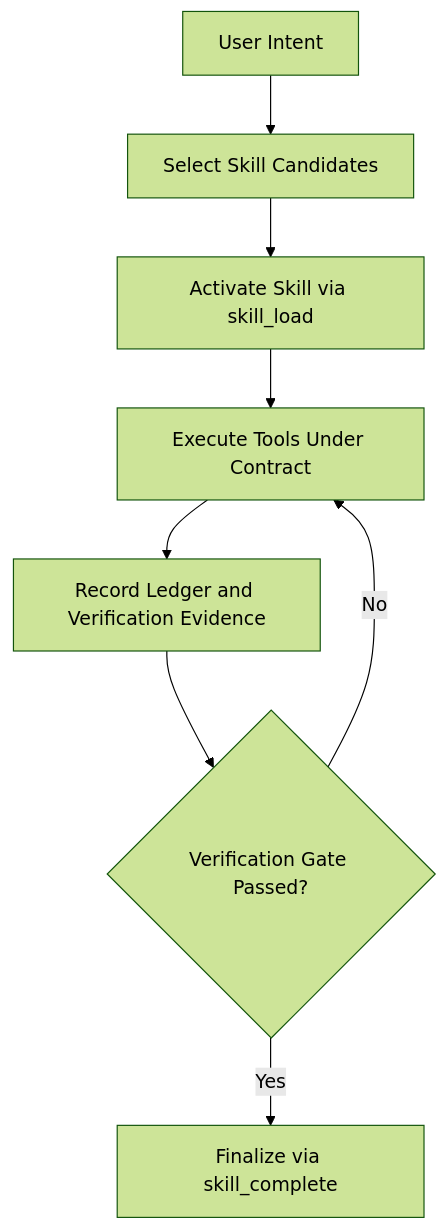
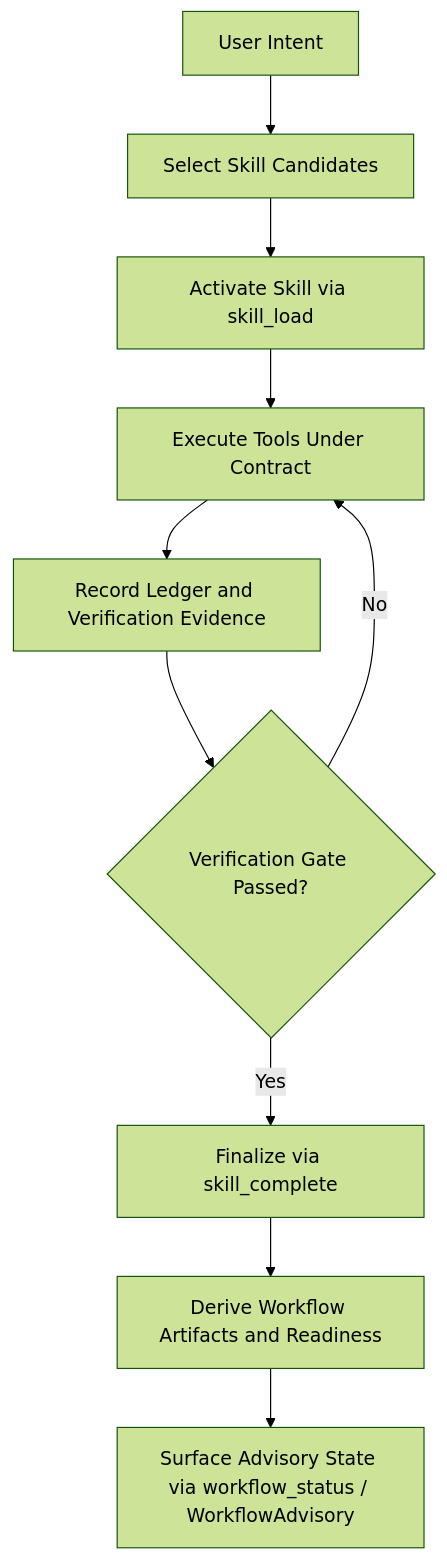
Before and after one commit to arcthur/brewva: the diagram in docs/journeys/planning-to-execution.md, drawn with Mermaid (forest theme). The commit also changed other lines of this file and 35 other files, not shown here.

First line of the commit message:
feat(runtime,gateway,tools): land workflow artifacts and advisory readiness

````diff
--- a/docs/journeys/planning-to-execution.md
+++ b/docs/journeys/planning-to-execution.md
@@ -7,10 +7,12 @@
 ```mermaid
 flowchart TD
   A["User Intent"] --> B["Select Skill Candidates"]
   B --> C["Activate Skill via skill_load"]
   C --> D["Execute Tools Under Contract"]
   D --> E["Record Ledger and Verification Evidence"]
   E --> F{"Verification Gate Passed?"}
   F -->|No| D
   F -->|Yes| G["Finalize via skill_complete"]
+  G --> H["Derive Workflow Artifacts and Readiness"]
+  H --> I["Surface Advisory State via workflow_status / WorkflowAdvisory"]
 ```
````
